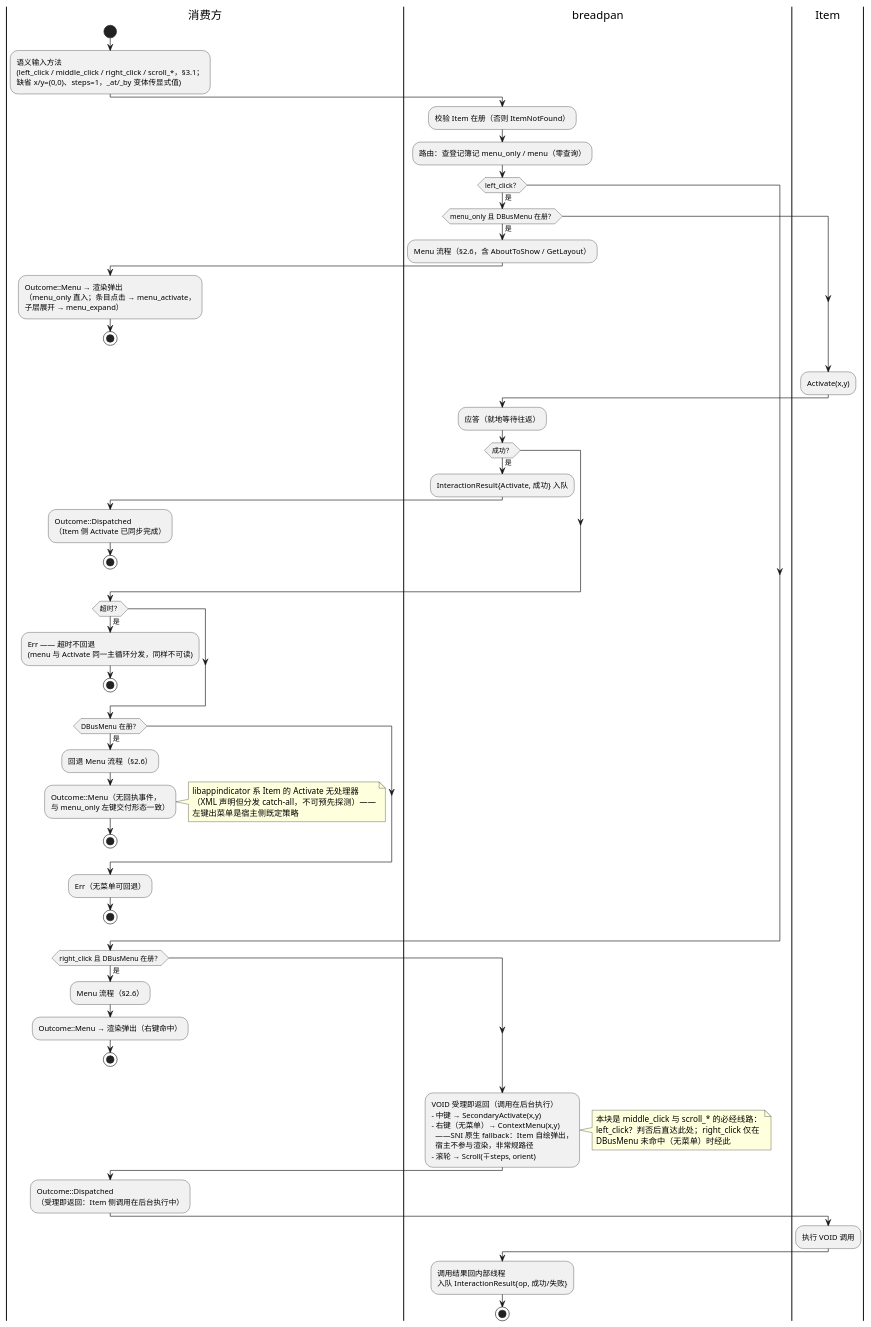
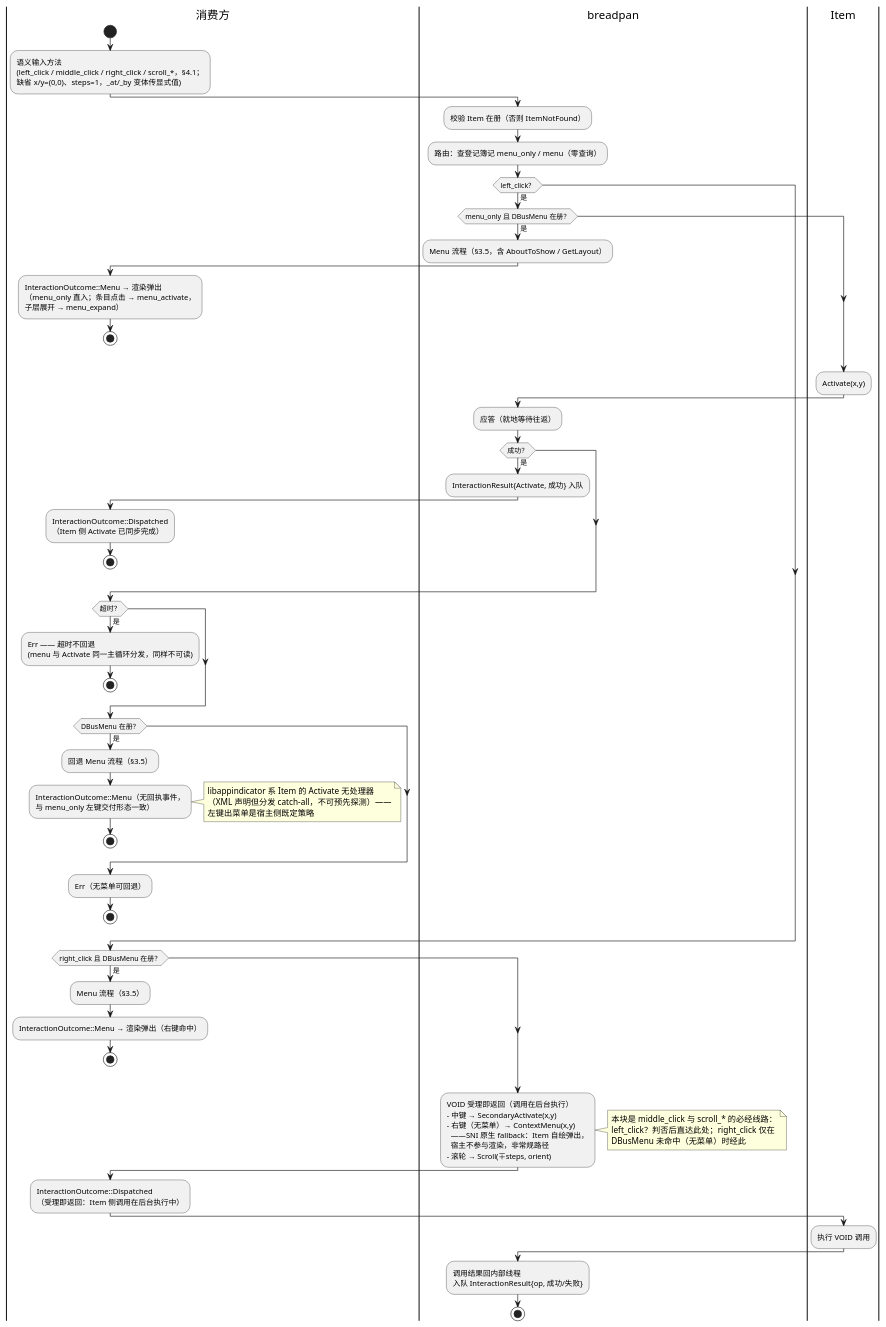
One commit to 54m43lJ/BreadKnife changed the diagram in breadpan/diagram/breadpan-input-routing.puml. Above: the diagram before and after it, drawn with PlantUML. The commit also changed 15 other files, not shown here.

```diff
--- a/breadpan/diagram/breadpan-input-routing.puml
+++ b/breadpan/diagram/breadpan-input-routing.puml
@@ -1,79 +1,79 @@
 @startuml breadpan-input-routing
 |消费方|
 start
 :语义输入方法
-(left_click / middle_click / right_click / scroll_*，§3.1；
+(left_click / middle_click / right_click / scroll_*，§4.1；
 缺省 x/y=(0,0)、steps=1，_at/_by 变体传显式值);
 |breadpan|
 :校验 Item 在册（否则 ItemNotFound）;
 :路由：查登记簿记 menu_only / menu（零查询）;
 if (left_click？) then (是)
   if (menu_only 且 DBusMenu 在册？) then (是)
-    :Menu 流程（§2.6，含 AboutToShow / GetLayout）;
+    :Menu 流程（§3.5，含 AboutToShow / GetLayout）;
     |消费方|
-    :Outcome::Menu → 渲染弹出
+    :InteractionOutcome::Menu → 渲染弹出
     （menu_only 直入；条目点击 → menu_activate，
     子层展开 → menu_expand）;
     stop
   endif
   |Item|
   :Activate(x,y);
   |breadpan|
   :应答（就地等待往返）;
   if (成功？) then (是)
     :InteractionResult{Activate, 成功} 入队;
     |消费方|
-    :Outcome::Dispatched
+    :InteractionOutcome::Dispatched
     （Item 侧 Activate 已同步完成）;
     stop
   endif
   if (超时？) then (是)
     |消费方|
     :Err —— 超时不回退
     (menu 与 Activate 同一主循环分发，同样不可读);
     stop
   endif
   if (DBusMenu 在册？) then (是)
-    :回退 Menu 流程（§2.6）;
+    :回退 Menu 流程（§3.5）;
     |消费方|
-    :Outcome::Menu（无回执事件，
+    :InteractionOutcome::Menu（无回执事件，
     与 menu_only 左键交付形态一致）;
     note right
       libappindicator 系 Item 的 Activate 无处理器
       （XML 声明但分发 catch-all，不可预先探测）——
       左键出菜单是宿主侧既定策略
     end note
     stop
   endif
   |消费方|
   :Err（无菜单可回退）;
   stop
 endif
 if (right_click 且 DBusMenu 在册？) then (是)
-  :Menu 流程（§2.6）;
+  :Menu 流程（§3.5）;
   |消费方|
-  :Outcome::Menu → 渲染弹出（右键命中）;
+  :InteractionOutcome::Menu → 渲染弹出（右键命中）;
   stop
 endif
 |breadpan|
 :VOID 受理即返回（调用在后台执行）
 - 中键 → SecondaryActivate(x,y)
 - 右键（无菜单）→ ContextMenu(x,y)
   ——SNI 原生 fallback：Item 自绘弹出，
   宿主不参与渲染，非常规路径
 - 滚轮 → Scroll(∓steps, orient);
 note right
   本块是 middle_click 与 scroll_* 的必经线路：
   left_click？判否后直达此处；right_click 仅在
   DBusMenu 未命中（无菜单）时经此
 end note
 |消费方|
-:Outcome::Dispatched
+:InteractionOutcome::Dispatched
 （受理即返回：Item 侧调用在后台执行中）;
 |Item|
 :执行 VOID 调用;
 |breadpan|
 :调用结果回内部线程
 入队 InteractionResult{op, 成功/失败};
 stop
 @enduml
```
